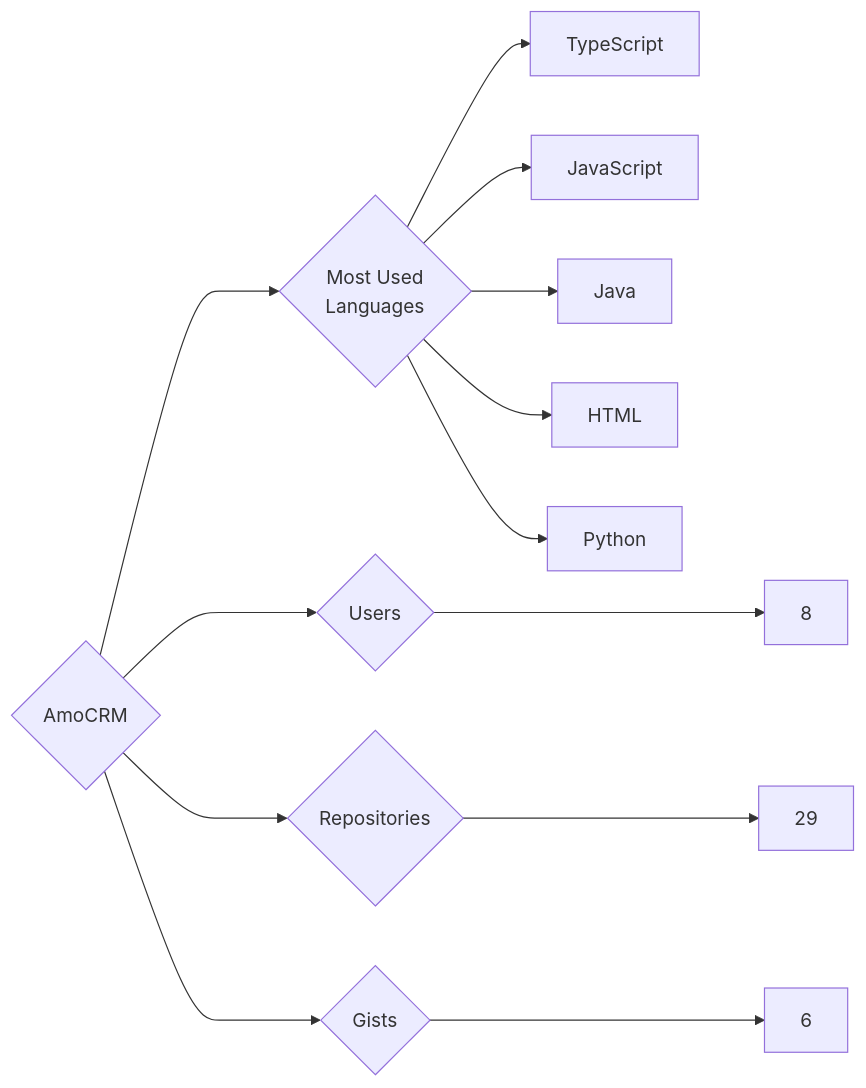
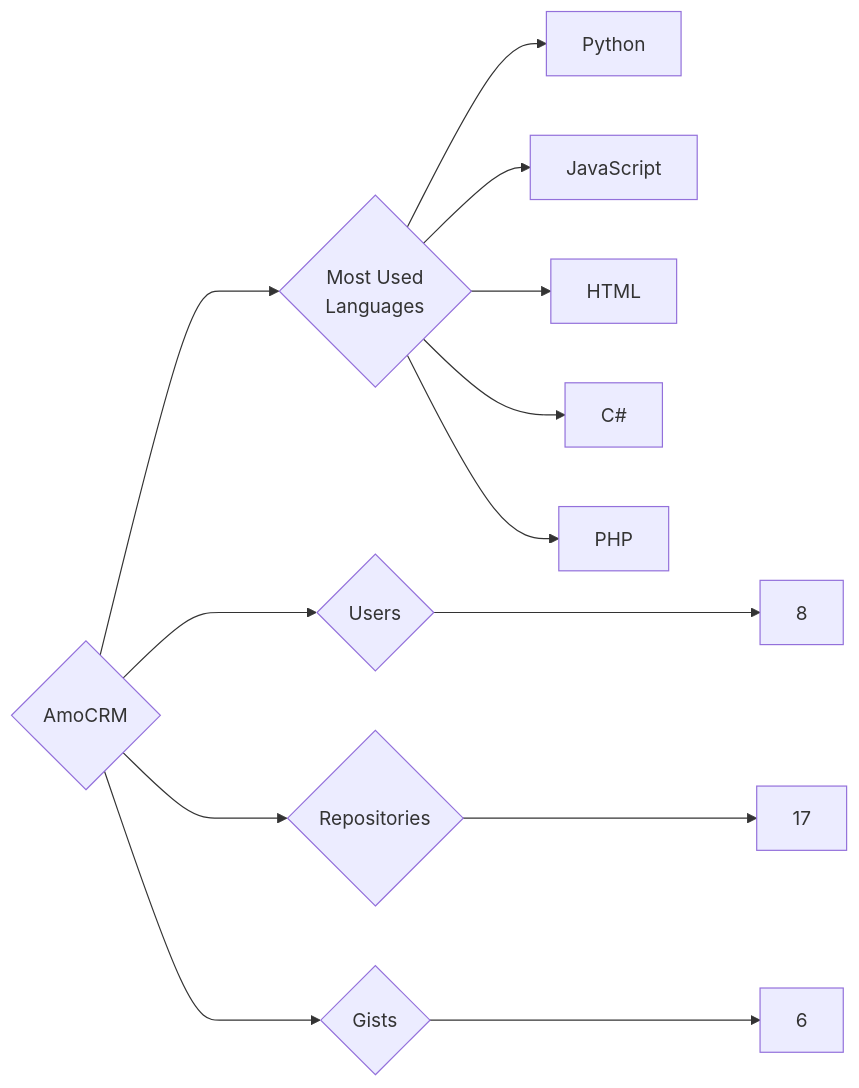
Before and after one commit to trickest/insiders: the diagram in targets/AmoCRM/README.md, drawn with Mermaid. The commit also changed 993 other files, not shown here.

````diff
--- a/targets/AmoCRM/README.md
+++ b/targets/AmoCRM/README.md
@@ -3,13 +3,13 @@
 ```mermaid
 graph LR
 COMPANY_NAME{AmoCRM}
 COMPANY_NAME ---> U{Users} ---> UN[8]
-COMPANY_NAME ---> R{Repositories} ---> RN[29]
+COMPANY_NAME ---> R{Repositories} ---> RN[17]
 COMPANY_NAME ---> G{Gists} ---> GN[6]
 COMPANY_NAME ---> ML{Most Used<br>Languages}
-ML --> TypeScript[TypeScript]
+ML --> Python[Python]
 ML --> JavaScript[JavaScript]
-ML --> Java[Java]
 ML --> HTML[HTML]
-ML --> Python[Python]
+ML --> C#[C#]
+ML --> PHP[PHP]
 ```
````
